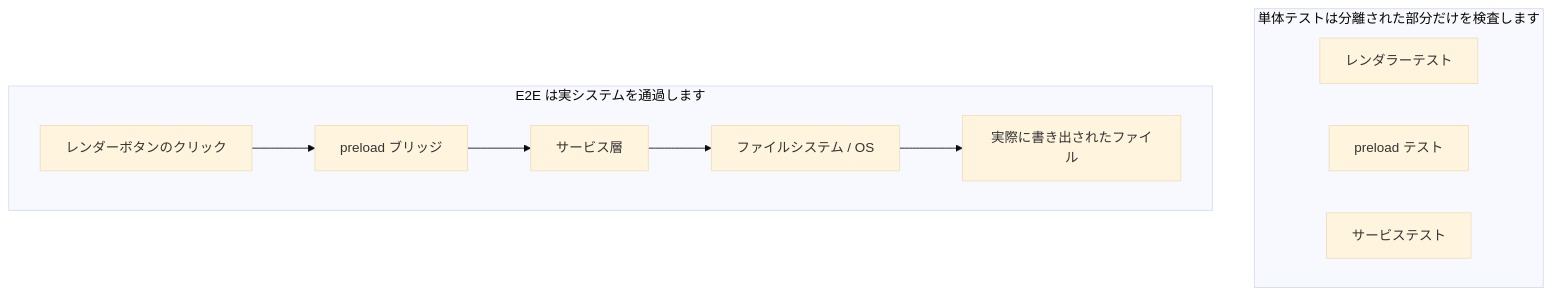
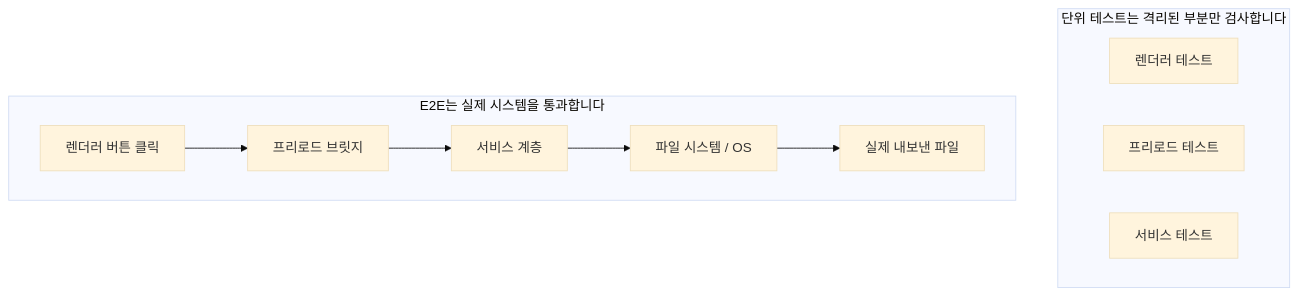
One commit to mkusaka/learn-harness-engineering changed the first of 2 diagrams in docs/ko/lectures/lecture-10-why-end-to-end-testing-changes-results/index.md. Above: the diagram before and after it, drawn with Mermaid (base theme). The commit also changed other lines of this file and 684 other files, not shown here.

````diff
--- a/docs/ko/lectures/lecture-10-why-end-to-end-testing-changes-results/index.md
+++ b/docs/ko/lectures/lecture-10-why-end-to-end-testing-changes-results/index.md
@@ -36,15 +36,15 @@
 ```mermaid
 flowchart TB
-    subgraph Unit["単体テストは分離された部分だけを検査します"]
-    U1["レンダラーテスト"]
-    U2["preload テスト"]
-    U3["サービステスト"]
+    subgraph Unit["단위 테스트는 격리된 부분만 검사합니다"]
+    U1["렌더러 테스트"]
+    U2["프리로드 테스트"]
+    U3["서비스 테스트"]
     end
 
-    subgraph E2E["E2E は実システムを通過します"]
-    R["レンダーボタンのクリック"] --> P["preload ブリッジ"]
-    P --> S["サービス層"]
-    S --> F["ファイルシステム / OS"]
-    F --> Result["実際に書き出されたファイル"]
+    subgraph E2E["E2E는 실제 시스템을 통과합니다"]
+    R["렌더러 버튼 클릭"] --> P["프리로드 브릿지"]
+    P --> S["서비스 계층"]
+    S --> F["파일 시스템 / OS"]
+    F --> Result["실제 내보낸 파일"]
     end
 ```
````
